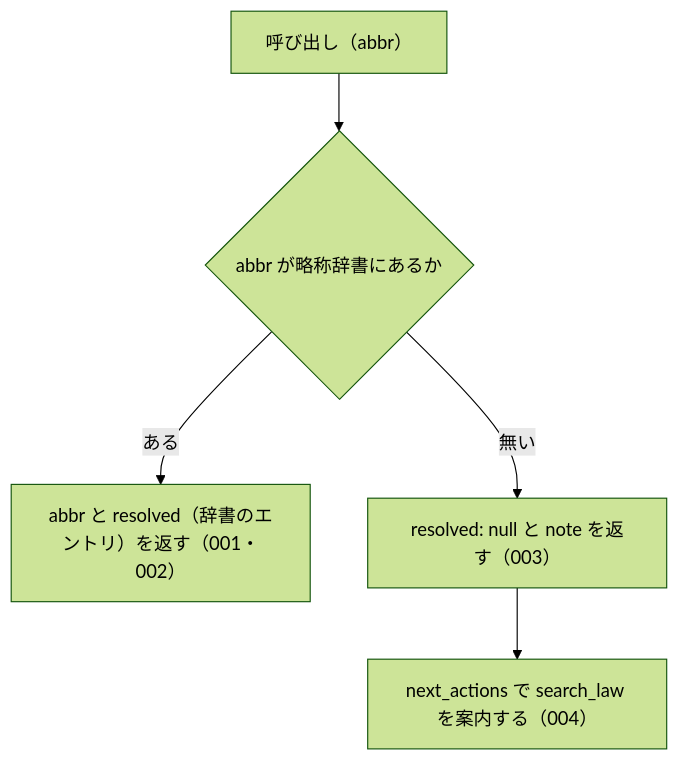
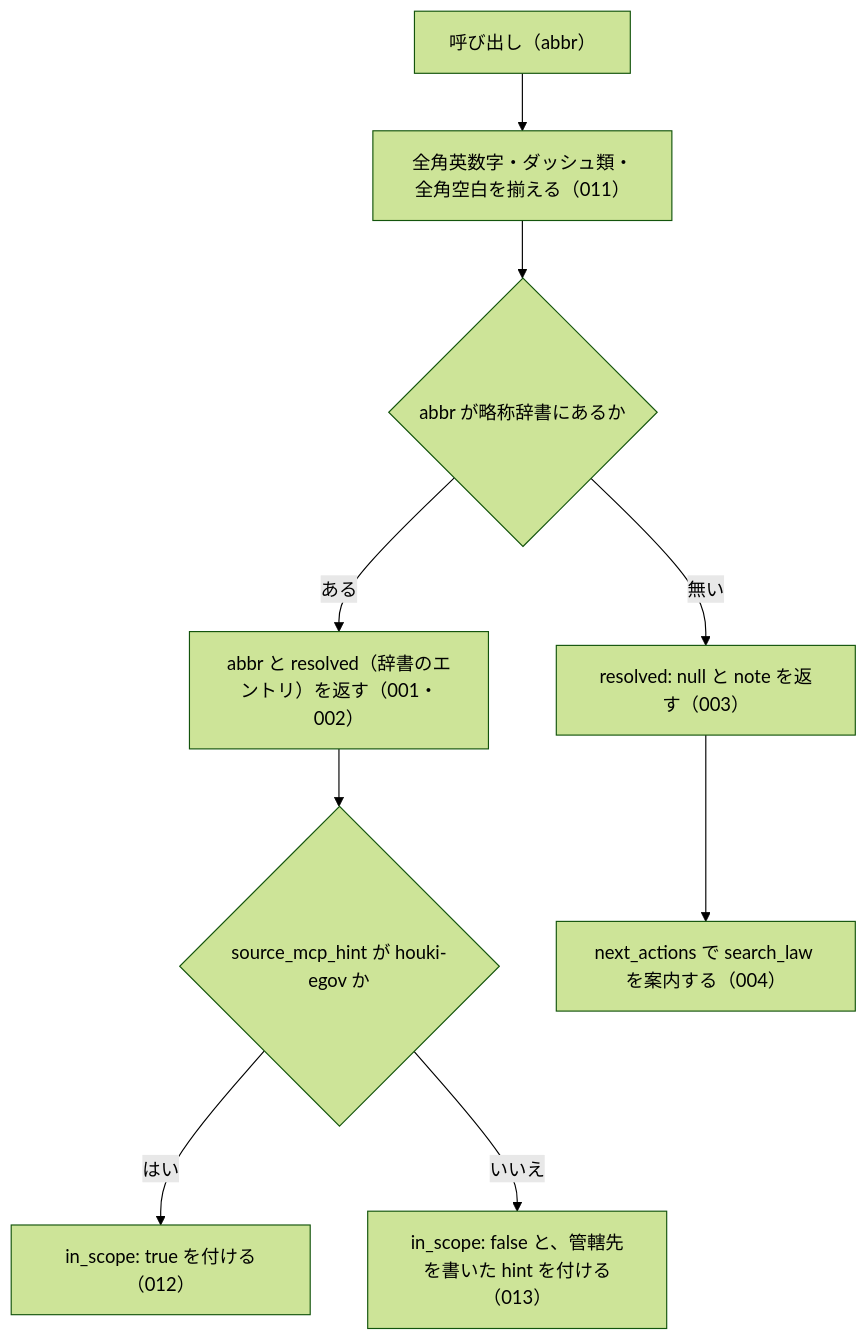
One commit to shuji-bonji/houki-egov-mcp changed the diagram in specs/current/resolve_abbreviation/spec.md. Above: the diagram before and after it, drawn with Mermaid (forest theme). The commit also changed other lines of this file and 67 other files, not shown here.

````diff
--- a/specs/current/resolve_abbreviation/spec.md
+++ b/specs/current/resolve_abbreviation/spec.md
@@ -26,7 +26,11 @@
 ```mermaid
 flowchart TD
-  A["呼び出し（abbr）"] --> B{"abbr が略称辞書にあるか"}
+  A["呼び出し（abbr）"] --> N["全角英数字・ダッシュ類・全角空白を揃える（011）"]
+  N --> B{"abbr が略称辞書にあるか"}
   B -- ある --> C["abbr と resolved（辞書のエントリ）を返す（001・002）"]
+  C --> S{"source_mcp_hint が houki-egov か"}
+  S -- はい --> S1["in_scope: true を付ける（012）"]
+  S -- いいえ --> S2["in_scope: false と、管轄先を書いた hint を付ける（013）"]
   B -- 無い --> D["resolved: null と note を返す（003）"]
   D --> E["next_actions で search_law を案内する（004）"]
 ```
````
